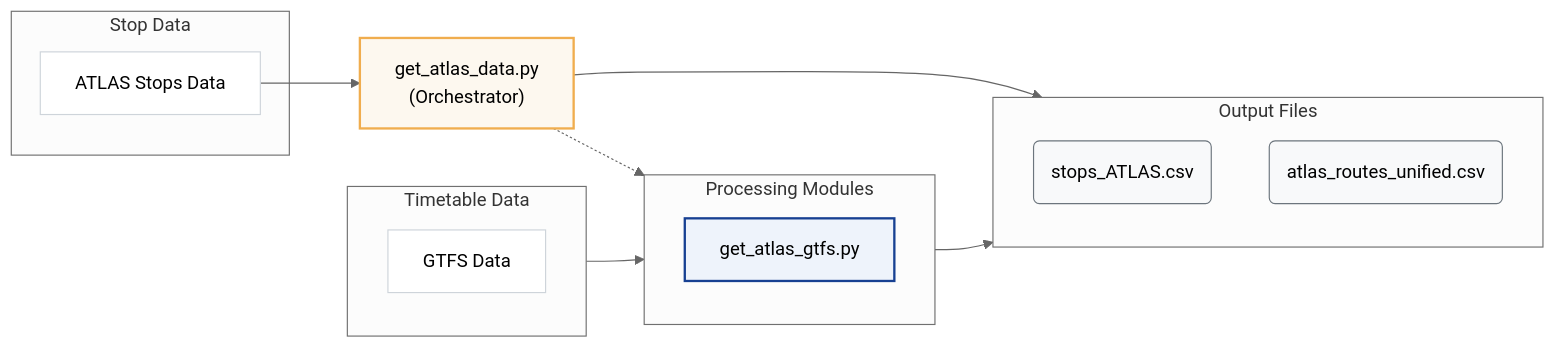
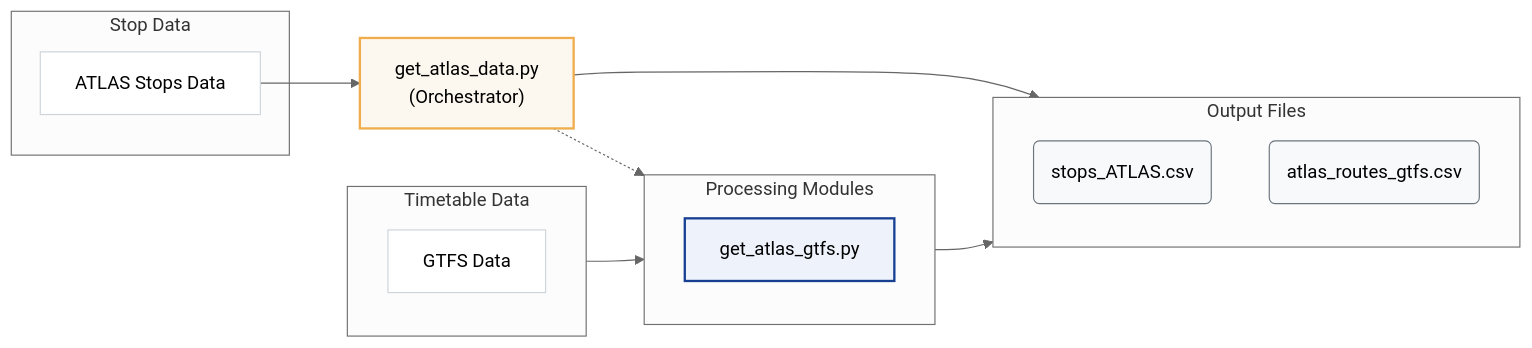
The first of 2 diagrams in documentation/1. Download and process data.md (openTdataCH/stop_sync_osm_atlas), drawn with Mermaid (neutral theme) before and after one commit. The commit also changed other lines of this file and 49 other files, not shown here.

````diff
--- a/documentation/1. Download and process data.md
+++ b/documentation/1. Download and process data.md
@@ -17,34 +17,34 @@
 ```mermaid
 flowchart LR
     classDef plain fill:#fff,stroke:#ced4da,stroke-width:1px;
     classDef script fill:#eef3fb,stroke:#174092,stroke-width:2px;
     classDef orch fill:#fdf8ef,stroke:#F0AD4E,stroke-width:2px;
     classDef file fill:#f8f9fa,stroke:#6c757d,stroke-width:1px;
 
     subgraph StopSrc ["Stop Data"]
         AT[ATLAS Stops Data]:::plain
     end
 
     subgraph TimeSrc ["Timetable Data"]
         direction TB
         GT[GTFS Data]:::plain
     end
 
     SA["get_atlas_data.py\n(Orchestrator)"]:::orch
 
     subgraph Modules ["Processing Modules"]
         direction TB
         SG[get_atlas_gtfs.py]:::script
     end
 
     subgraph Outputs ["Output Files"]
         direction TB
         PA(stops_ATLAS.csv):::file
-        PU(atlas_routes_unified.csv):::file
+        PU(atlas_routes_gtfs.csv):::file
     end
 
     AT --> SA --> PA
     GT --> SG
     SA -.-> SG
     SG --> PU
 ```
````
